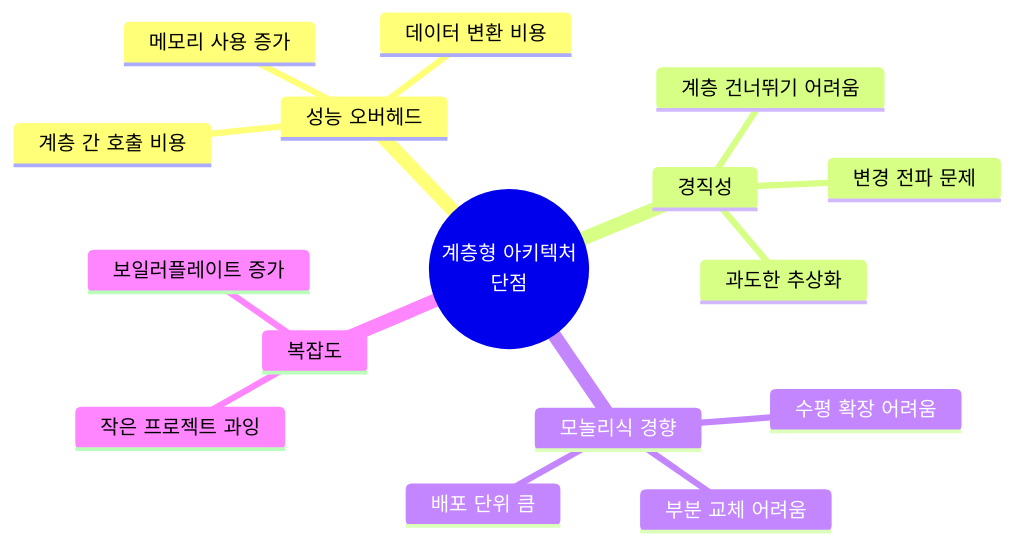
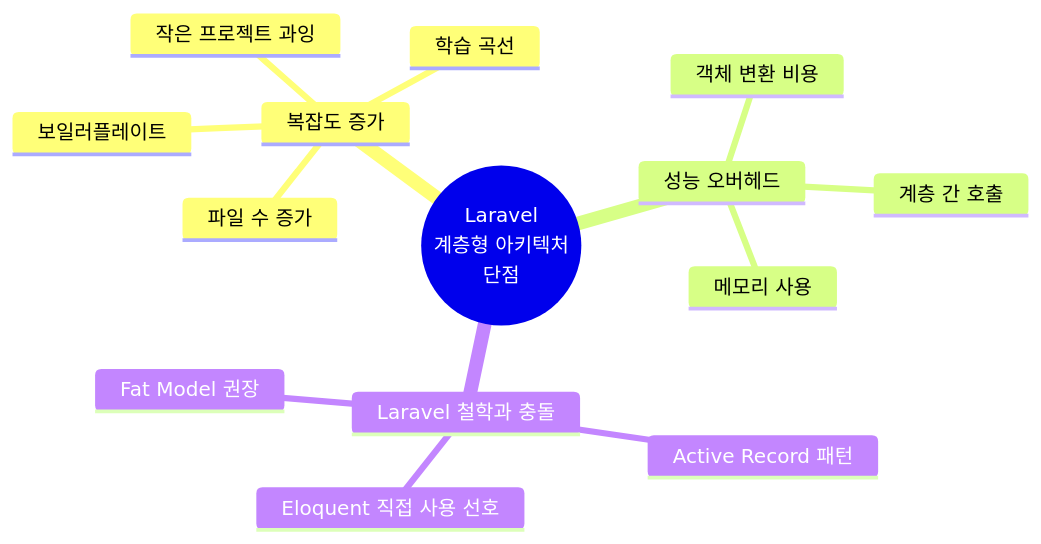
Before and after one commit to shaul1991/study-architecture: diagram 17 of 22 in architecture/layered/README.md, drawn with Mermaid. The commit also changed other lines of this file and 1 other file, not shown here.

First line of the commit message:
refactor: 레이어드 아키텍처 문서를 Laravel 기준으로 수정

````diff
--- a/architecture/layered/README.md
+++ b/architecture/layered/README.md
@@ -848,19 +1103,17 @@
 ```mermaid
 mindmap
-  root((계층형 아키텍처<br/>단점))
+  root((Laravel<br/>계층형 아키텍처<br/>단점))
+    복잡도 증가
+      파일 수 증가
+      보일러플레이트
+      학습 곡선
+      작은 프로젝트 과잉
     성능 오버헤드
-      계층 간 호출 비용
-      데이터 변환 비용
-      메모리 사용 증가
-    경직성
-      계층 건너뛰기 어려움
-      변경 전파 문제
-      과도한 추상화
-    모놀리식 경향
-      수평 확장 어려움
-      배포 단위 큼
-      부분 교체 어려움
-    복잡도
-      작은 프로젝트 과잉
-      보일러플레이트 증가
+      계층 간 호출
+      객체 변환 비용
+      메모리 사용
+    Laravel 철학과 충돌
+      Active Record 패턴
+      Eloquent 직접 사용 선호
+      Fat Model 권장
 ```
````
